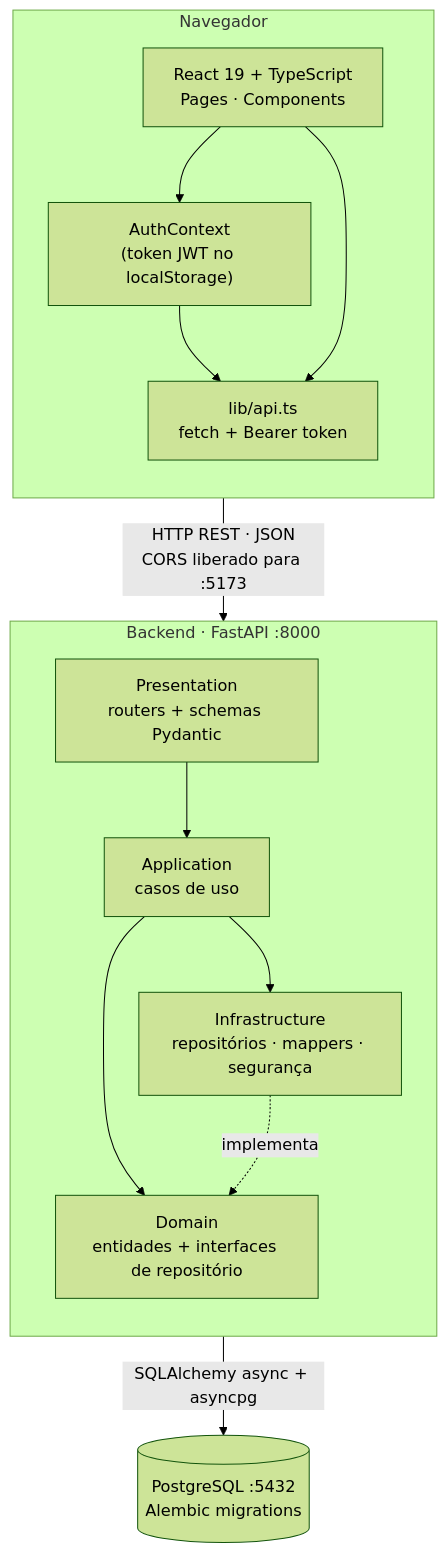
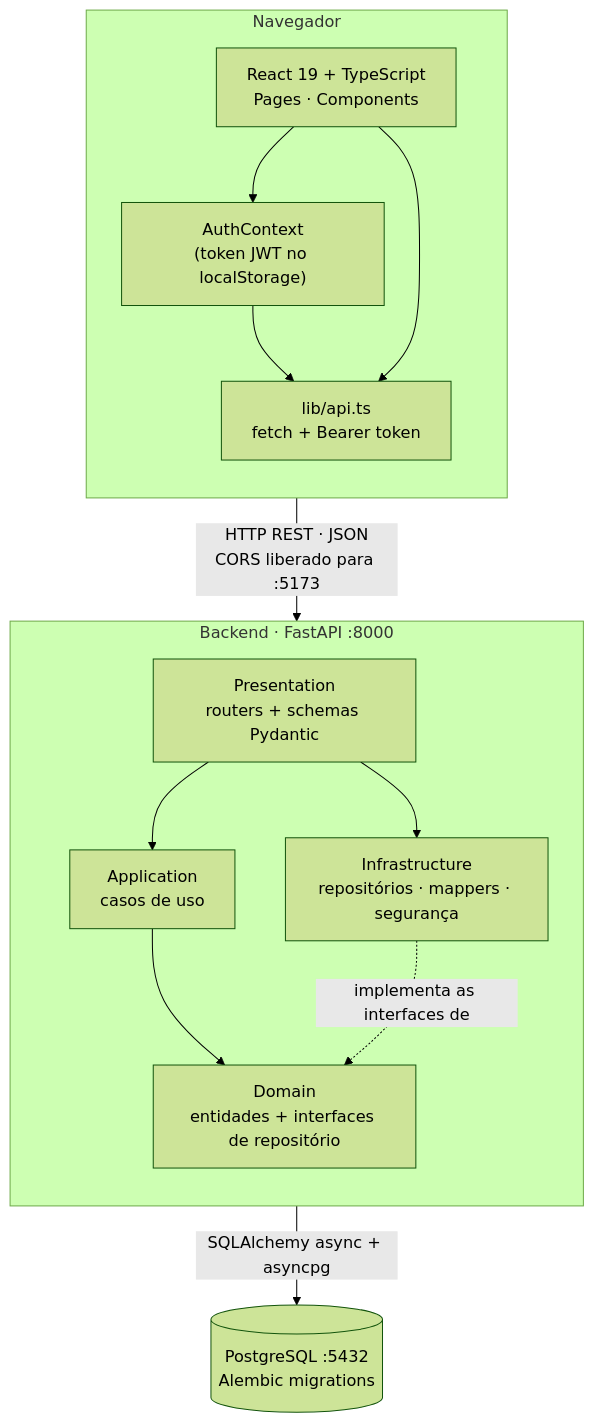
Before and after one commit to Leti-10/Lab.EngSoftware: the first of 2 diagrams in docs/ARQUITETURA.md, drawn with Mermaid (forest theme). The commit also changed other lines of this file and 6 other files, not shown here.

````diff
--- a/docs/ARQUITETURA.md
+++ b/docs/ARQUITETURA.md
@@ -13,27 +13,27 @@
 ```mermaid
 flowchart TB
     subgraph Navegador
         direction TB
         UI["React 19 + TypeScript<br/>Pages · Components"]
         AUTH["AuthContext<br/>(token JWT no localStorage)"]
         CLIENT["lib/api.ts<br/>fetch + Bearer token"]
         UI --> AUTH --> CLIENT
         UI --> CLIENT
     end
 
     subgraph "Backend · FastAPI :8000"
         direction TB
         ROUTES["Presentation<br/>routers + schemas Pydantic"]
         USECASES["Application<br/>casos de uso"]
         DOMAIN["Domain<br/>entidades + interfaces de repositório"]
         INFRA["Infrastructure<br/>repositórios · mappers · segurança"]
         ROUTES --> USECASES --> DOMAIN
-        INFRA -. implementa .-> DOMAIN
-        USECASES --> INFRA
+        ROUTES --> INFRA
+        INFRA -. implementa as interfaces de .-> DOMAIN
     end
 
     DB[("PostgreSQL :5432<br/>Alembic migrations")]
 
     CLIENT -- "HTTP REST · JSON<br/>CORS liberado para :5173" --> ROUTES
     INFRA -- "SQLAlchemy async + asyncpg" --> DB
 ```
````
